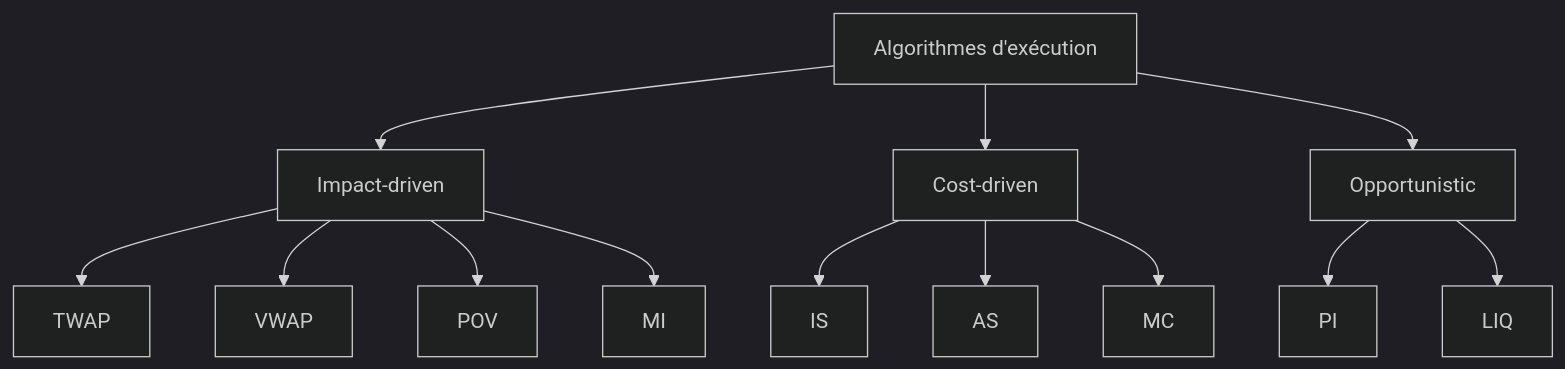
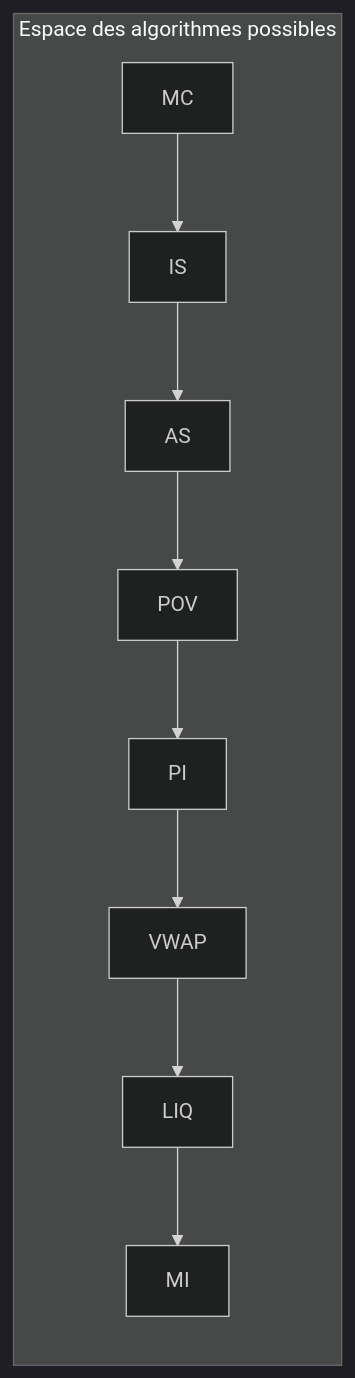
Before and after one commit to Arkanthara/computational_finance: the second of 2 diagrams in website/fr/ch6.qmd, drawn with Mermaid (dark theme). The commit also changed other lines of this file and 35 other files, not shown here.

````diff
--- a/website/fr/ch6.qmd
+++ b/website/fr/ch6.qmd
@@ -40,15 +570,12 @@
 ```{mermaid}
-flowchart TD
-    A[Algorithmes d'exécution] --> ID[Impact-driven]
-    A --> CD[Cost-driven]
-    A --> OP[Opportunistic]
-    ID --> TWAP[TWAP]
-    ID --> VWAP[VWAP]
-    ID --> POV[POV]
-    ID --> MI[MI]
-    CD --> IS[IS]
-    CD --> AS[AS]
-    CD --> MC[MC]
-    OP --> PI[PI]
-    OP --> LIQ[LIQ]
+graph LR
+    subgraph "Espace des algorithmes possibles"
+    MC --> IS
+    IS --> AS
+    AS --> POV
+    POV --> PI
+    PI --> VWAP
+    VWAP --> LIQ
+    LIQ --> MI
+    end
 ```
````
